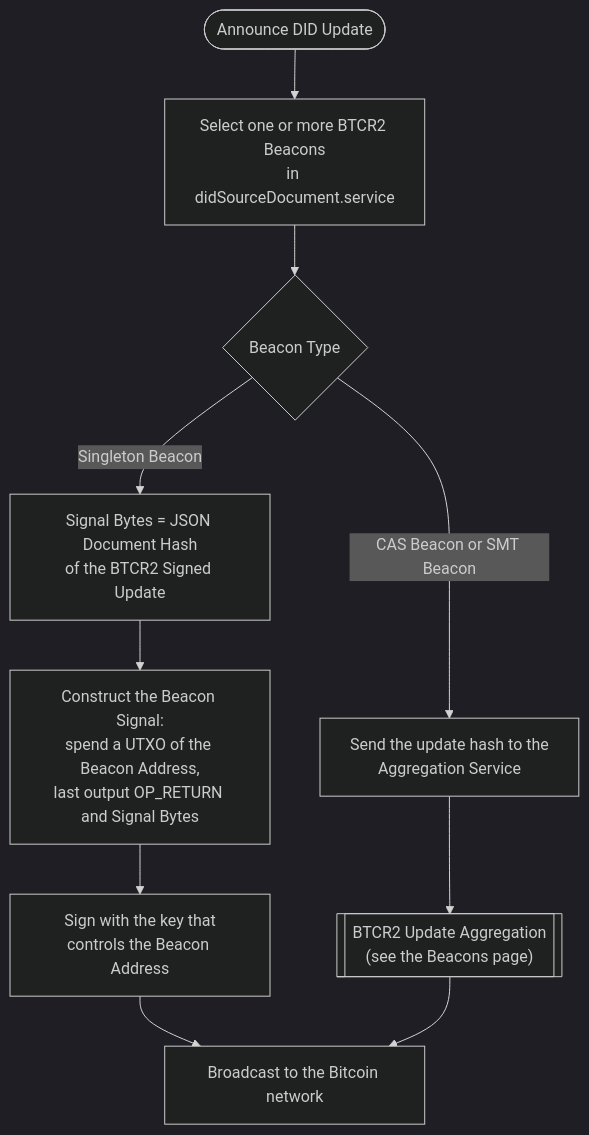
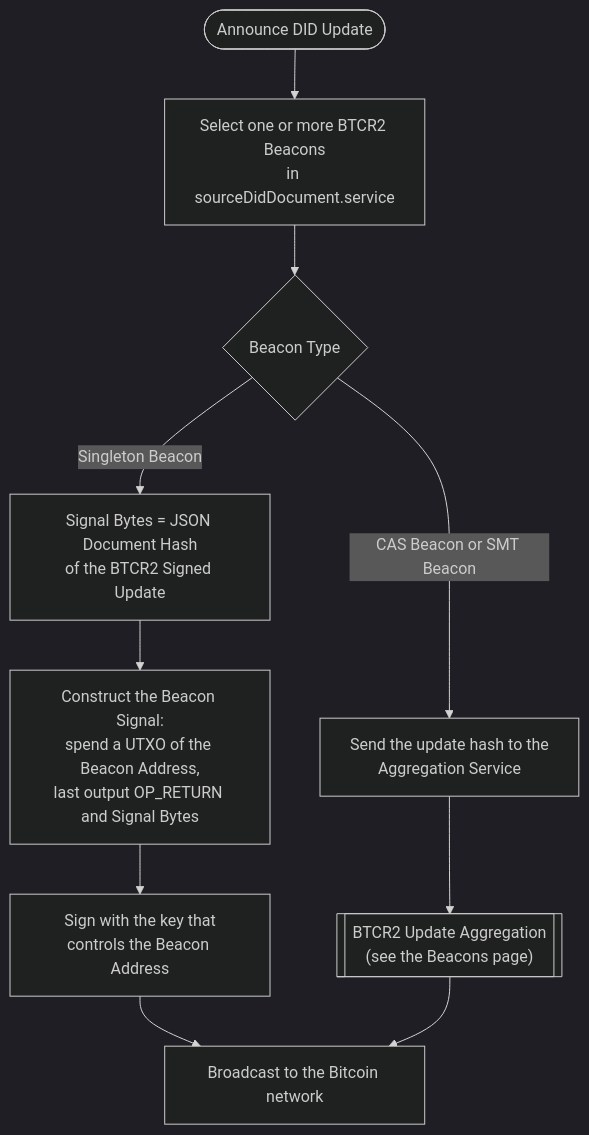
One commit to dcdpr/website-btcr2-dev changed the fourth of 6 diagrams in src/content/docs/diagrams/update.md. Above: the diagram before and after it, drawn with Mermaid (dark theme). The commit also changed other lines of this file and 4 other files, not shown here.

First line of the commit message:
docs(diagrams): follow the spec changes to update and resolve

````diff
--- a/src/content/docs/diagrams/update.md
+++ b/src/content/docs/diagrams/update.md
@@ -78,12 +88,12 @@
 ```mermaid
 flowchart TD
-  Start(["Announce DID Update"]) --> Select["Select one or more BTCR2 Beacons<br/>in didSourceDocument.service"]
+  Start(["Announce DID Update"]) --> Select["Select one or more BTCR2 Beacons<br/>in sourceDidDocument.service"]
   Select --> Type{"Beacon Type"}
   Type -->|"Singleton Beacon"| Hash["Signal Bytes = JSON Document Hash<br/>of the BTCR2 Signed Update"]
   Hash --> Build["Construct the Beacon Signal:<br/>spend a UTXO of the Beacon Address,<br/>last output OP_RETURN and Signal Bytes"]
   Build --> Sign["Sign with the key that<br/>controls the Beacon Address"]
   Sign --> Broadcast["Broadcast to the Bitcoin network"]
   Type -->|"CAS Beacon or SMT Beacon"| Submit["Send the update hash to the<br/>Aggregation Service"]
   Submit --> Agg[["BTCR2 Update Aggregation<br/>(see the Beacons page)"]]
   Agg --> Broadcast
 ```
````
